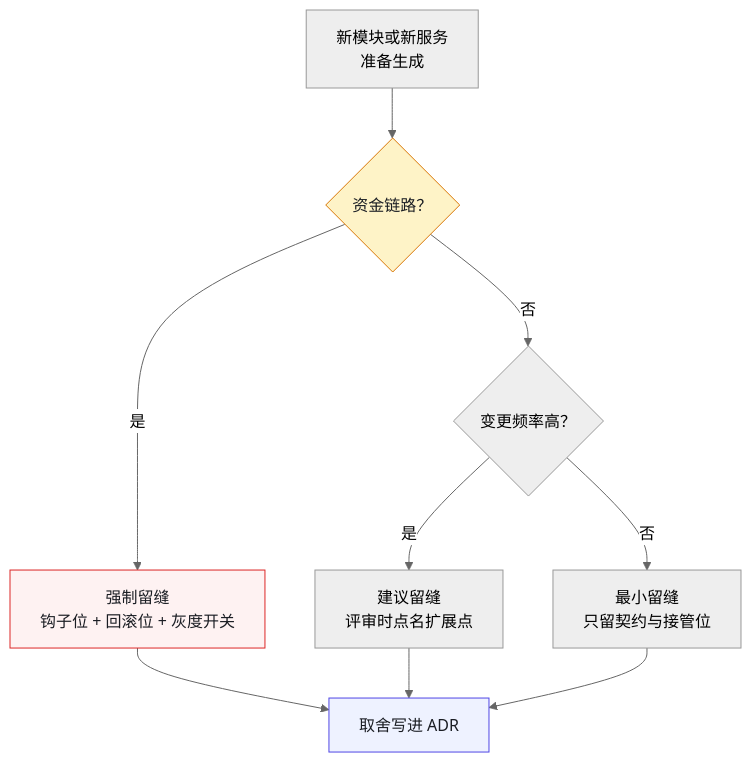
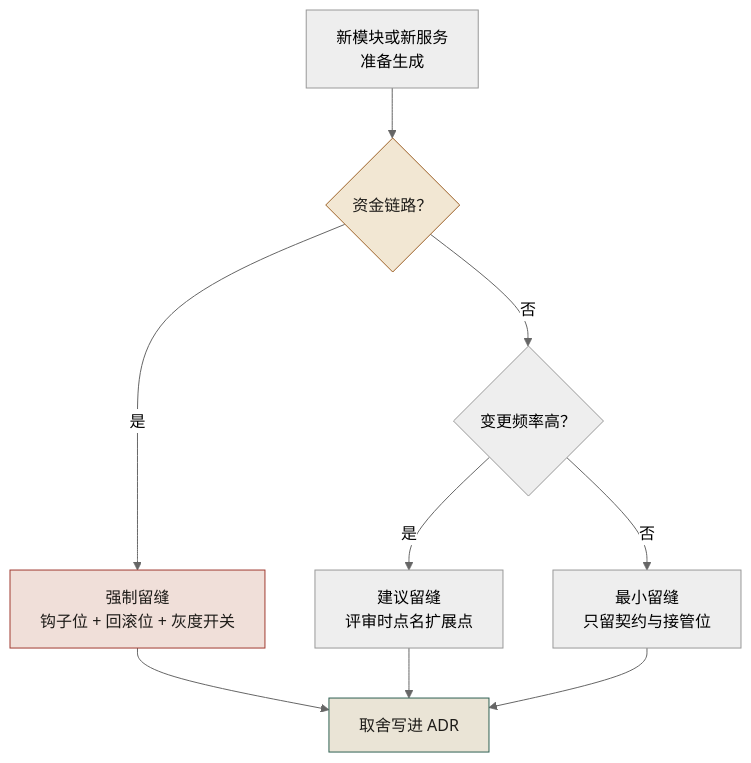
One commit to funny8kids/AI_Native_Software_Engineering changed the second of 3 diagrams in docs/manuscript/ch16-第11章-留缝.md. Above: the diagram before and after it, drawn with Mermaid (neutral theme). The commit also changed other lines of this file and 81 other files, not shown here.

````diff
--- a/docs/manuscript/ch16-第11章-留缝.md
+++ b/docs/manuscript/ch16-第11章-留缝.md
@@ -113,14 +113,14 @@
 ```mermaid
 flowchart TD
   NEW[新模块或新服务<br/>准备生成] --> MONEY{资金链路？}
   MONEY -->|是| FORCE[强制留缝<br/>钩子位 + 回滚位 + 灰度开关]
   MONEY -->|否| FREQ{变更频率高？}
   FREQ -->|是| SUGGEST[建议留缝<br/>评审时点名扩展点]
   FREQ -->|否| MINIMAL[最小留缝<br/>只留契约与接管位]
   FORCE --> ADR[取舍写进 ADR]
   SUGGEST --> ADR
   MINIMAL --> ADR
-  style MONEY fill:#fef3c7,stroke:#d97706,color:#1a1d23
-  style FORCE fill:#fef2f2,stroke:#dc2626,color:#1a1d23
-  style ADR fill:#eef2ff,stroke:#4f46e5,color:#1a1d23
+  style MONEY fill:#f2e7d3,stroke:#9d6127,color:#1e1c19
+  style FORCE fill:#f0dfd9,stroke:#a03b31,color:#1e1c19
+  style ADR fill:#eae4d6,stroke:#2f6154,color:#1e1c19
 ```
````
